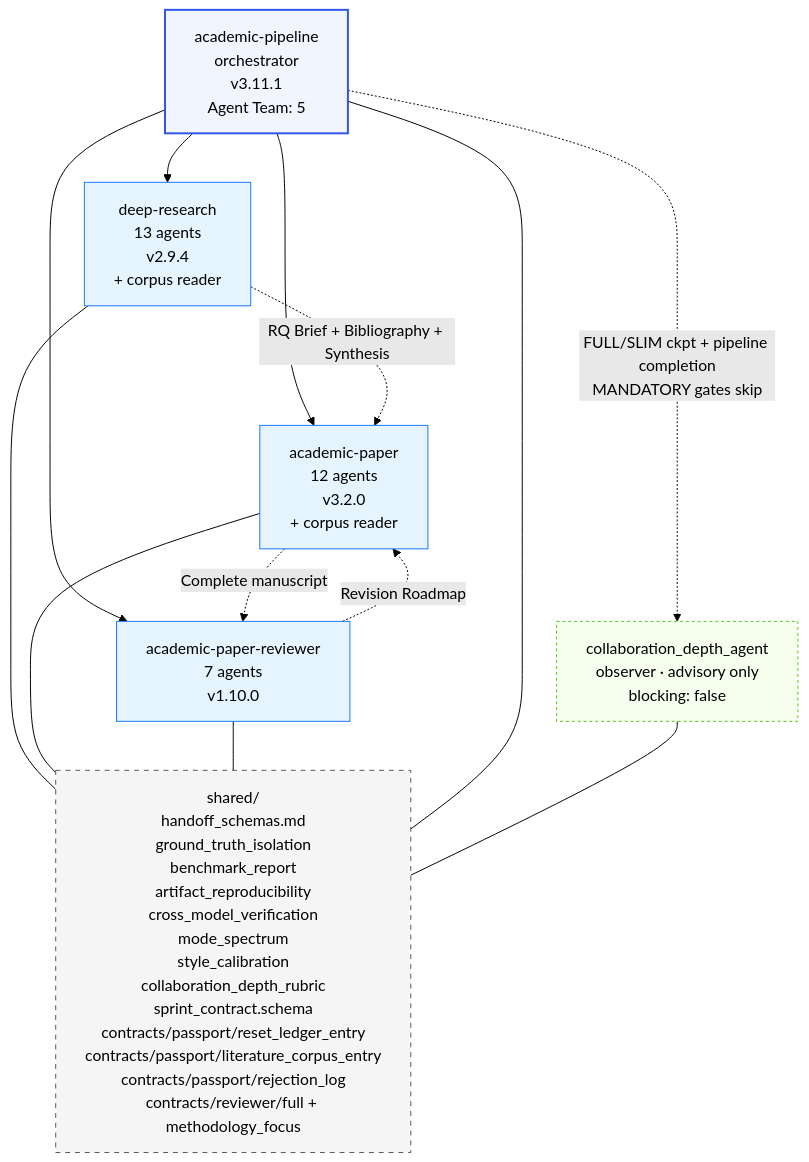
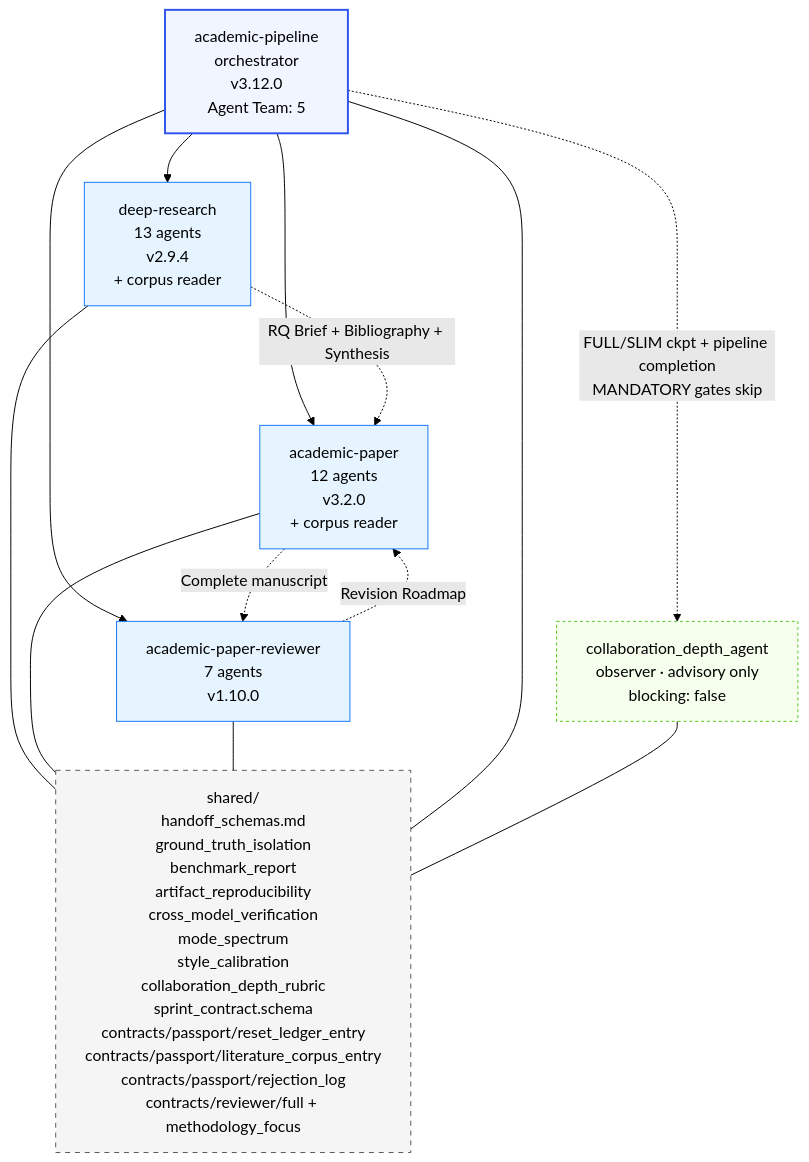
Before and after one commit to thereisnotime/skills-collection: the fourth of 5 diagrams in skills/Imbad0202--academic-research-skills/docs/ARCHITECTURE.md, drawn with Mermaid (forest theme). The commit also changed other lines of this file and 456 other files, not shown here.

Commit message:
sync: update skills repos, readme and charts

````diff
--- a/skills/Imbad0202--academic-research-skills/docs/ARCHITECTURE.md
+++ b/skills/Imbad0202--academic-research-skills/docs/ARCHITECTURE.md
@@ -201,31 +201,31 @@
 ```mermaid
 graph TD
-    Pipeline[academic-pipeline<br/>orchestrator<br/>v3.11.1<br/>Agent Team: 5]
+    Pipeline[academic-pipeline<br/>orchestrator<br/>v3.12.0<br/>Agent Team: 5]
     Observer[collaboration_depth_agent<br/>observer · advisory only<br/>blocking: false]
     DR[deep-research<br/>13 agents<br/>v2.9.4<br/>+ corpus reader]
     AP[academic-paper<br/>12 agents<br/>v3.2.0<br/>+ corpus reader]
     APR[academic-paper-reviewer<br/>7 agents<br/>v1.10.0]
     Shared[shared/<br/>handoff_schemas.md<br/>ground_truth_isolation<br/>benchmark_report<br/>artifact_reproducibility<br/>cross_model_verification<br/>mode_spectrum<br/>style_calibration<br/>collaboration_depth_rubric<br/>sprint_contract.schema<br/>contracts/passport/reset_ledger_entry<br/>contracts/passport/literature_corpus_entry<br/>contracts/passport/rejection_log<br/>contracts/reviewer/full + methodology_focus]
 
     Pipeline --> DR
     Pipeline --> AP
     Pipeline --> APR
     Pipeline -. "FULL/SLIM ckpt + pipeline completion<br/>MANDATORY gates skip" .-> Observer
     DR -. "RQ Brief + Bibliography + Synthesis" .-> AP
     AP -. "Complete manuscript" .-> APR
     APR -. "Revision Roadmap" .-> AP
     DR --- Shared
     AP --- Shared
     APR --- Shared
     Pipeline --- Shared
     Observer --- Shared
 
     classDef orch fill:#f0f5ff,stroke:#2f54eb,stroke-width:2px
     classDef skill fill:#e6f4ff,stroke:#1677ff
     classDef shared fill:#f5f5f5,stroke:#595959,stroke-dasharray:5 5
     classDef observer fill:#f6ffed,stroke:#52c41a,stroke-dasharray:3 3
     class Pipeline orch
     class DR,AP,APR skill
     class Shared shared
     class Observer observer
 ```
````
